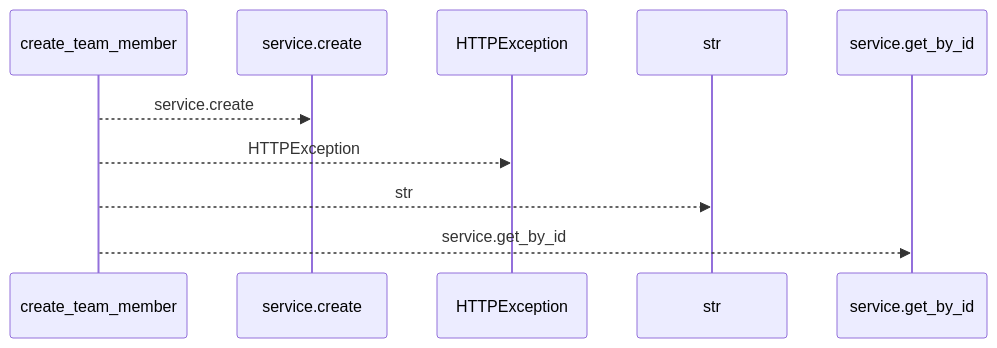
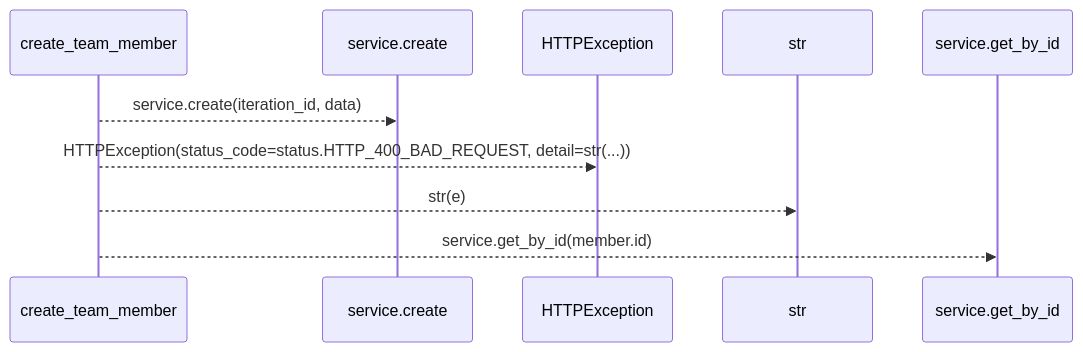
Before and after one commit to Denissvgn/WorkChord: the first of 2 diagrams in docs/llm_wiki/flows/http-create_team_member-team.md, drawn with Mermaid. The commit also changed other lines of this file and 25171 other files, not shown here.

````diff
--- a/docs/llm_wiki/flows/http-create_team_member-team.md
+++ b/docs/llm_wiki/flows/http-create_team_member-team.md
@@ -10,12 +12,12 @@
 ```mermaid
 sequenceDiagram
     participant p0 as create_team_member
     participant p1 as service.create
     participant p2 as HTTPException
     participant p3 as str
     participant p4 as service.get_by_id
-    p0-->>p1: service.create
-    p0-->>p2: HTTPException
-    p0-->>p3: str
-    p0-->>p4: service.get_by_id
+    p0-->>p1: service.create(iteration_id, data)
+    p0-->>p2: HTTPException(status_code=status.HTTP_400_BAD_REQUEST, detail=str(...))
+    p0-->>p3: str(e)
+    p0-->>p4: service.get_by_id(member.id)
 ```
````
